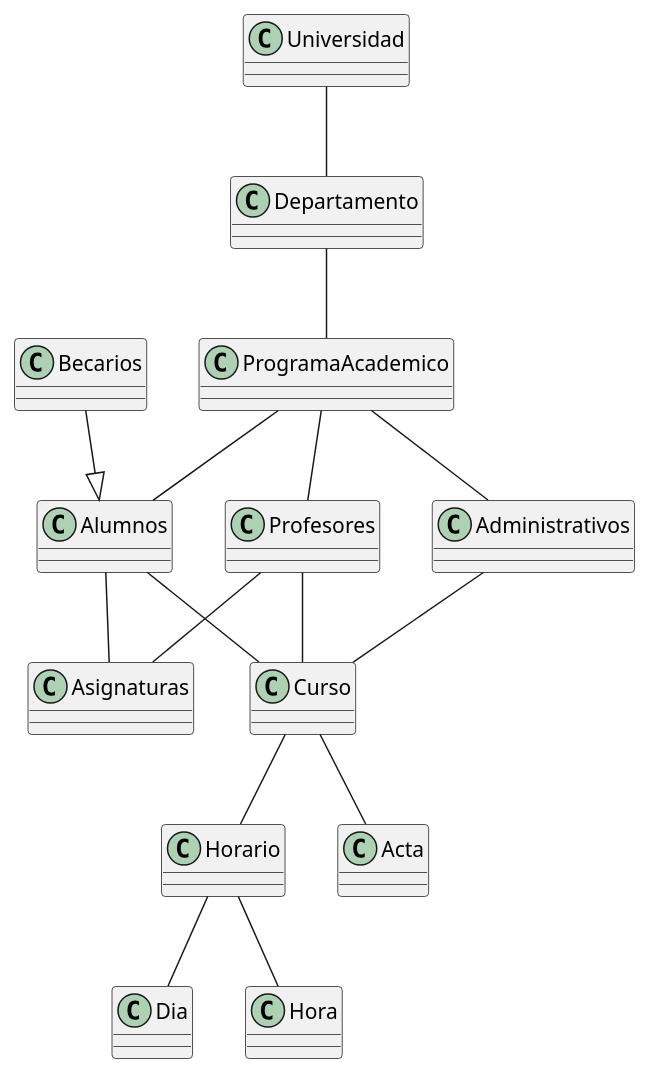
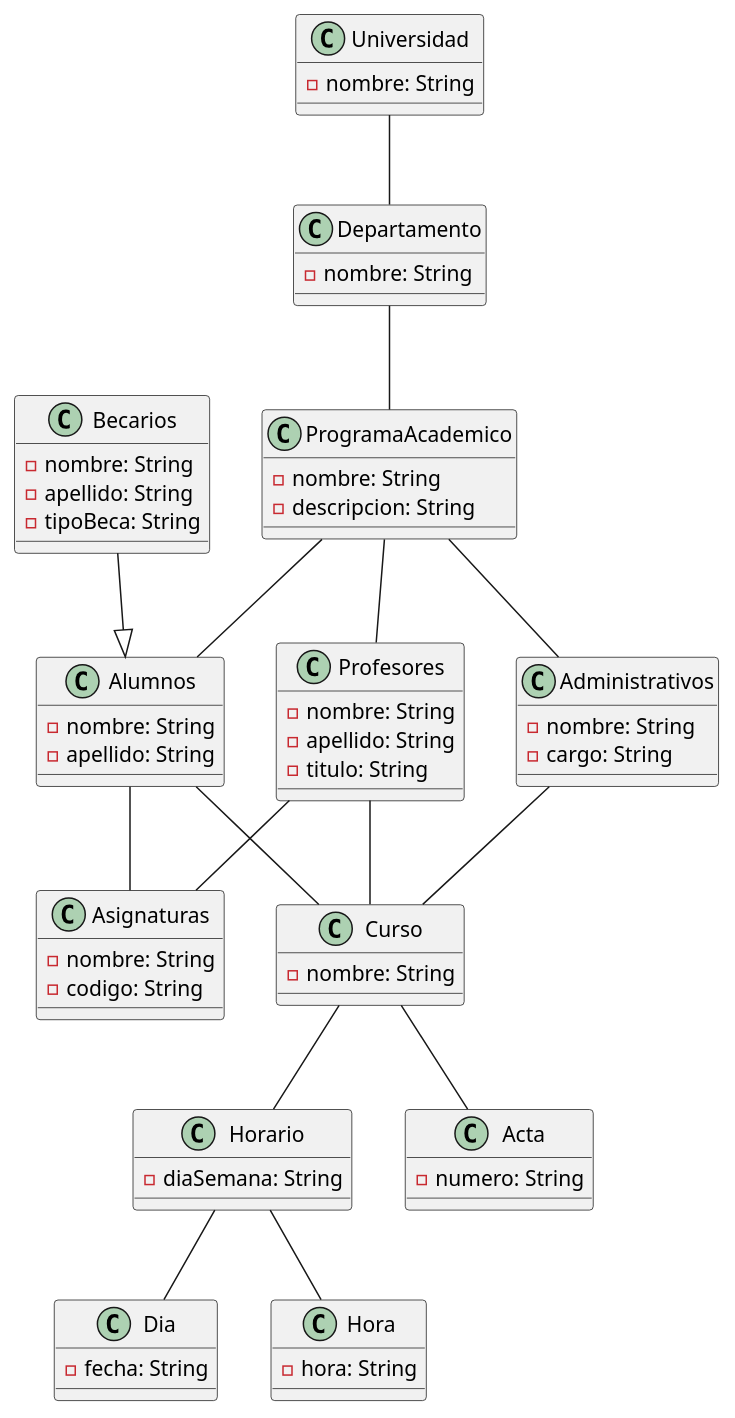
Before and after one commit to mmasias/23-24-idsw1: the diagram in entregas/Pablo_Arce/atlantico.puml, drawn with PlantUML. The commit also changed 1 other file, not shown here.

```diff
--- a/entregas/Pablo_Arce/atlantico.puml
+++ b/entregas/Pablo_Arce/atlantico.puml
@@ -1,31 +1,77 @@
-@startuml atlantico
-class Universidad
-class Departamento
-class ProgramaAcademico
-class Alumnos
-class Profesores
-class Administrativos
-class Becarios
-class Curso
-class Asignaturas
-class Horario
-class Acta
-class Dia
-class Hora
+@startuml Uneatlantico
+class Universidad {
+  -nombre: String
+}
+
+class Departamento {
+  -nombre: String
+}
+
+class ProgramaAcademico {
+  -nombre: String
+  -descripcion: String
+}
+
+class Alumnos {
+  -nombre: String
+  -apellido: String
+}
+
+class Profesores {
+  -nombre: String
+  -apellido: String
+  -titulo: String
+}
+
+class Administrativos {
+  -nombre: String
+  -cargo: String
+}
+
+class Becarios {
+  -nombre: String
+  -apellido: String
+  -tipoBeca: String
+}
+
+class Curso {
+  -nombre: String
+}
+
+class Asignaturas {
+  -nombre: String
+  -codigo: String
+}
+
+class Horario {
+  -diaSemana: String
+}
+
+class Acta {
+  -numero: String
+}
+
+class Dia {
+  -fecha: String
+}
+
+class Hora {
+  -hora: String
+}
 
 Universidad -- Departamento
 Departamento -- ProgramaAcademico
 ProgramaAcademico -- Alumnos
 ProgramaAcademico -- Profesores
 ProgramaAcademico -- Administrativos
 Alumnos -- Curso
 Profesores -- Curso
 Administrativos -- Curso
 Alumnos -- Asignaturas
 Profesores -- Asignaturas
 Curso -- Horario
 Curso -- Acta
 Horario -- Dia
 Horario -- Hora
 Becarios --|> Alumnos
 @enduml
```
